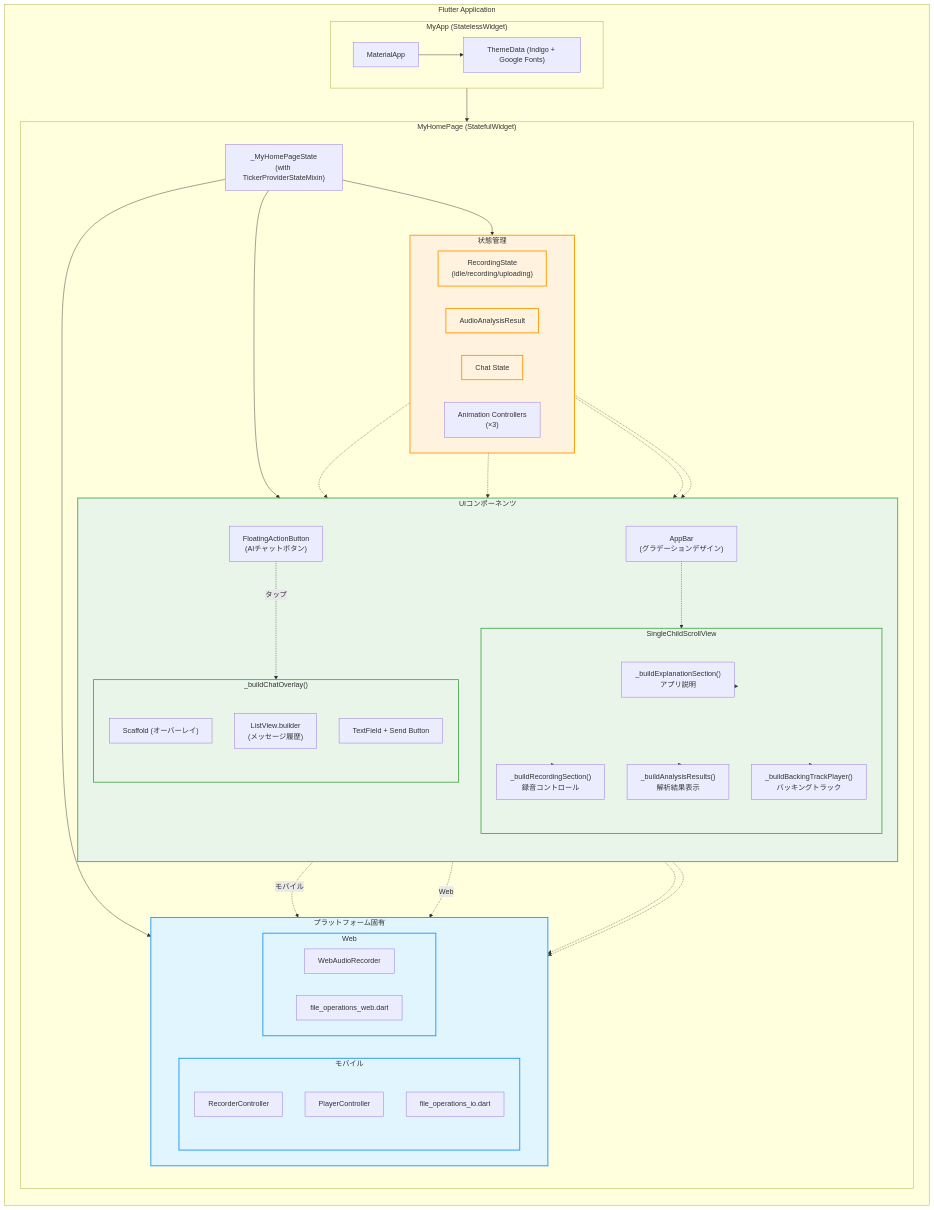
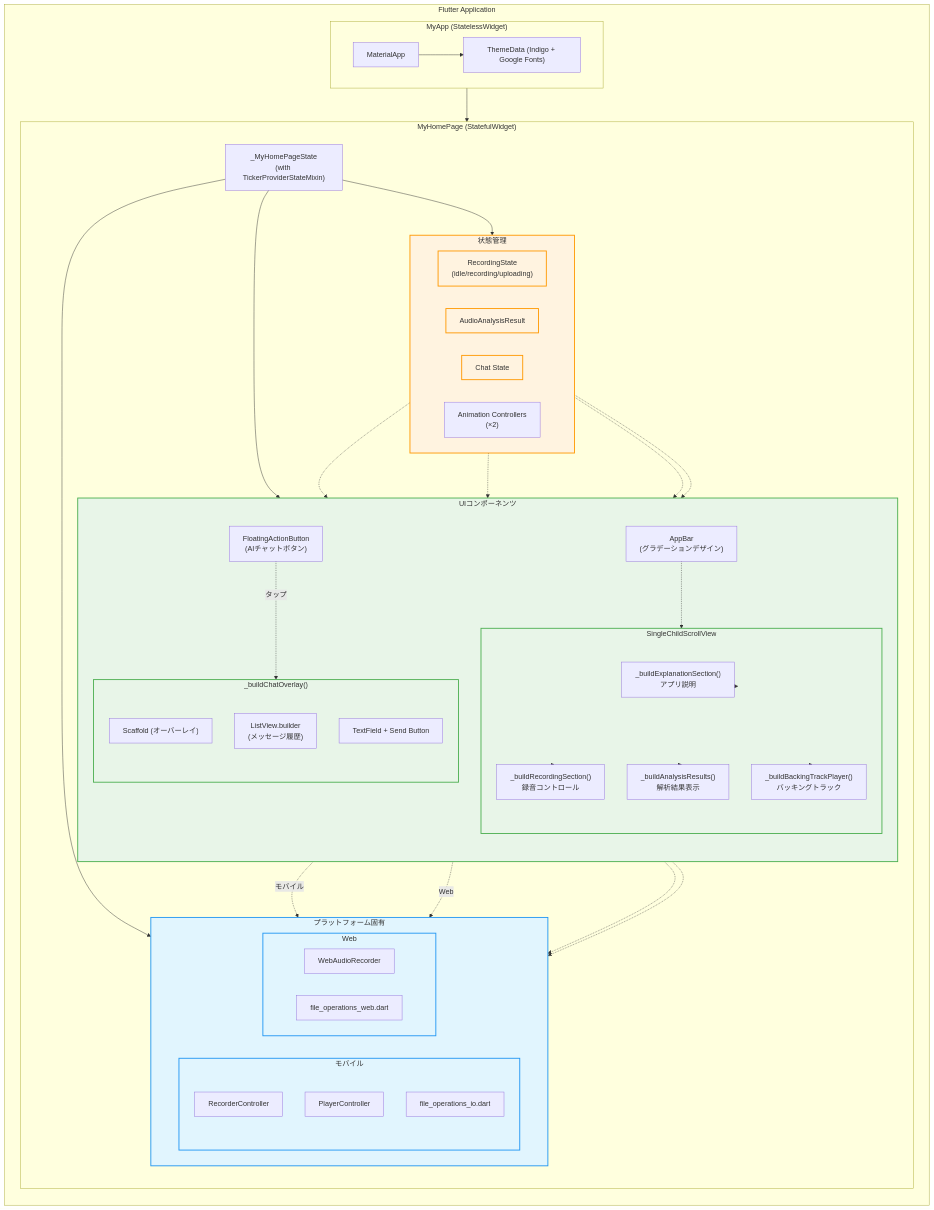
Before and after one commit to xxkuboxx/ai-hackathon-20250502: the second of 5 diagrams in frontend-design.md, drawn with Mermaid. The commit also changed other lines of this file and 2 other files, not shown here.

```diff
--- a/frontend-design.md
+++ b/frontend-design.md
@@ -140,7 +140,7 @@
                 RecordingState["RecordingState\n(idle/recording/uploading)"]
                 AnalysisResult["AudioAnalysisResult"]
                 ChatState["Chat State"]
-                AnimationControllers["Animation Controllers\n(×3)"]
+                AnimationControllers["Animation Controllers\n(×2)"]
             end
             
             subgraph UIComponents["UIコンポーネンツ"]
```
